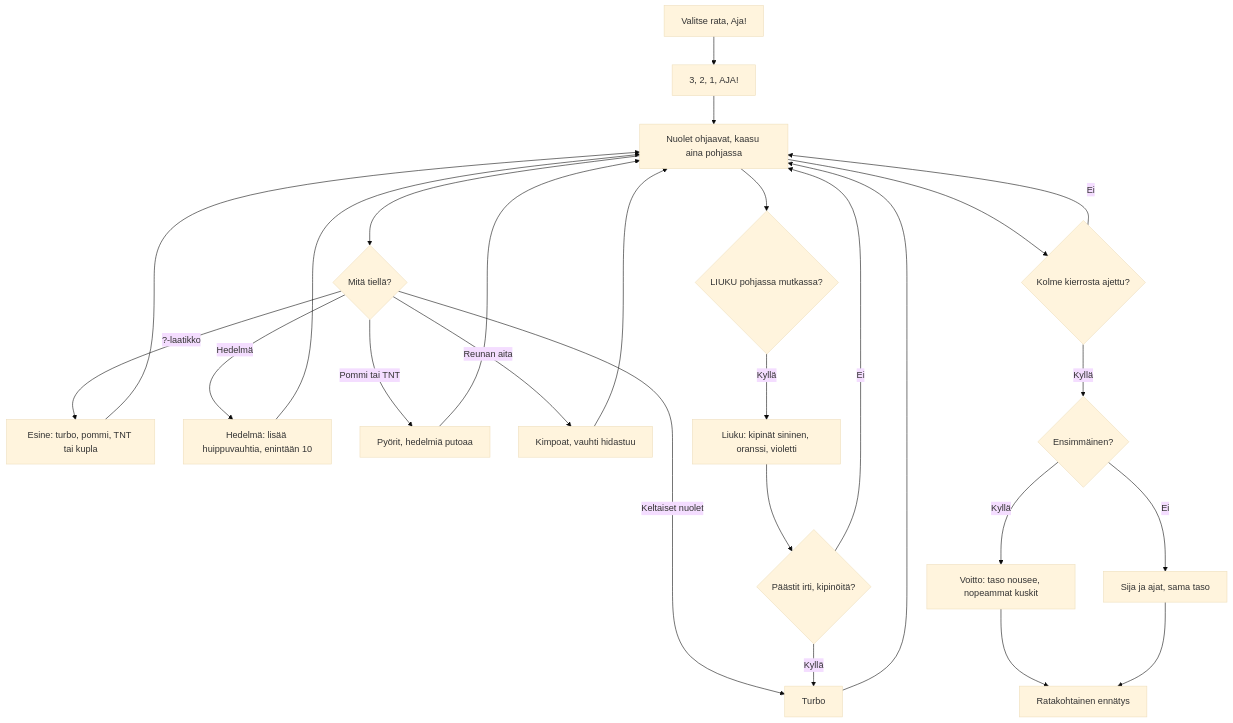
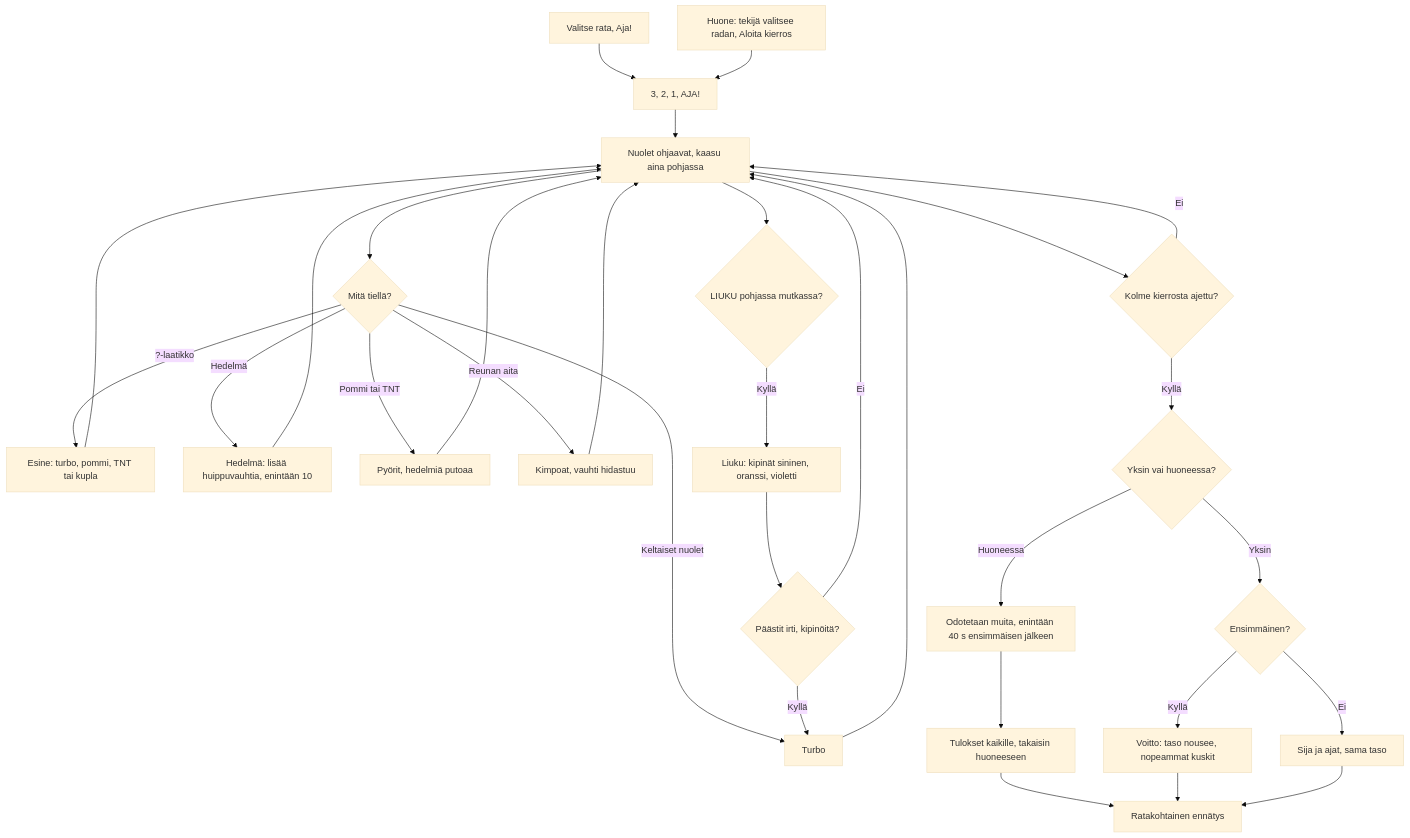
One commit to eerovil/ai-pelit changed the diagram in docs/diagrams/kaahari.md. Above: the diagram before and after it, drawn with Mermaid (base theme). The commit also changed other lines of this file and 3 other files, not shown here.

````diff
--- a/docs/diagrams/kaahari.md
+++ b/docs/diagrams/kaahari.md
@@ -7,33 +8,39 @@
 ```mermaid
 flowchart TD
   A[Valitse rata, Aja!] --> B[3, 2, 1, AJA!]
+  R[Huone: tekijä valitsee radan, Aloita kierros] --> B
   B --> C[Nuolet ohjaavat, kaasu aina pohjassa]
   C --> D{Mitä tiellä?}
   D -- ?-laatikko --> E[Esine: turbo, pommi, TNT tai kupla]
   D -- Hedelmä --> F[Hedelmä: lisää huippuvauhtia, enintään 10]
   D -- Keltaiset nuolet --> G[Turbo]
   D -- Pommi tai TNT --> H[Pyörit, hedelmiä putoaa]
   D -- Reunan aita --> I[Kimpoat, vauhti hidastuu]
   C --> J{LIUKU pohjassa mutkassa?}
   J -- Kyllä --> K[Liuku: kipinät sininen, oranssi, violetti]
   K --> L{Päästit irti, kipinöitä?}
   L -- Kyllä --> G
   L -- Ei --> C
   E --> C
   F --> C
   G --> C
   H --> C
   I --> C
   C --> M{Kolme kierrosta ajettu?}
   M -- Ei --> C
-  M -- Kyllä --> N{Ensimmäinen?}
+  M -- Kyllä --> S{Yksin vai huoneessa?}
+  S -- Yksin --> N{Ensimmäinen?}
+  S -- Huoneessa --> U[Odotetaan muita, enintään 40 s ensimmäisen jälkeen]
+  U --> V[Tulokset kaikille, takaisin huoneeseen]
+  V --> Q
   N -- Kyllä --> O[Voitto: taso nousee, nopeammat kuskit]
   N -- Ei --> P[Sija ja ajat, sama taso]
   O --> Q[Ratakohtainen ennätys]
   P --> Q
   class A,B,C blue
-  class D,J,L,M,N amber
+  class D,J,L,M,N,S amber
+  class R,U,V violet
   class E,F,G,K teal
   class H,I,P rose
   class O,Q green
 ```
````
